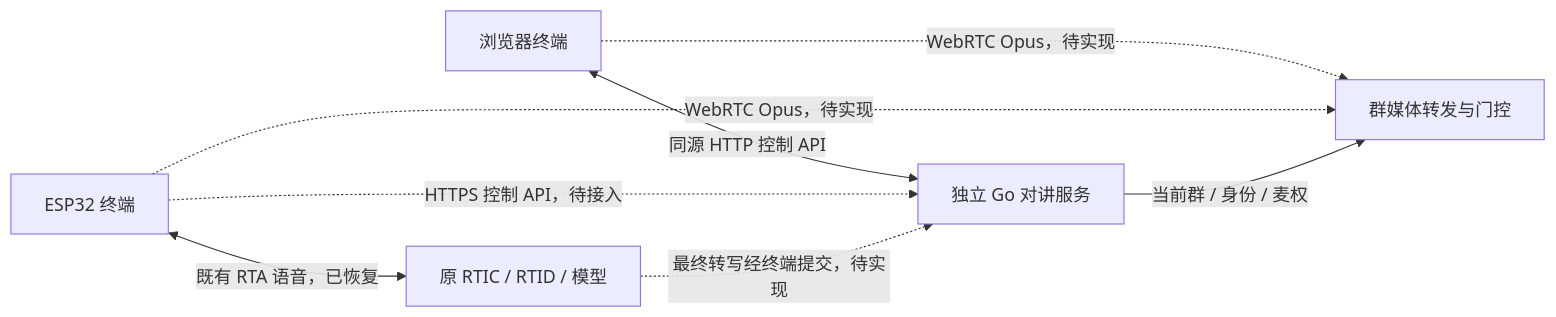
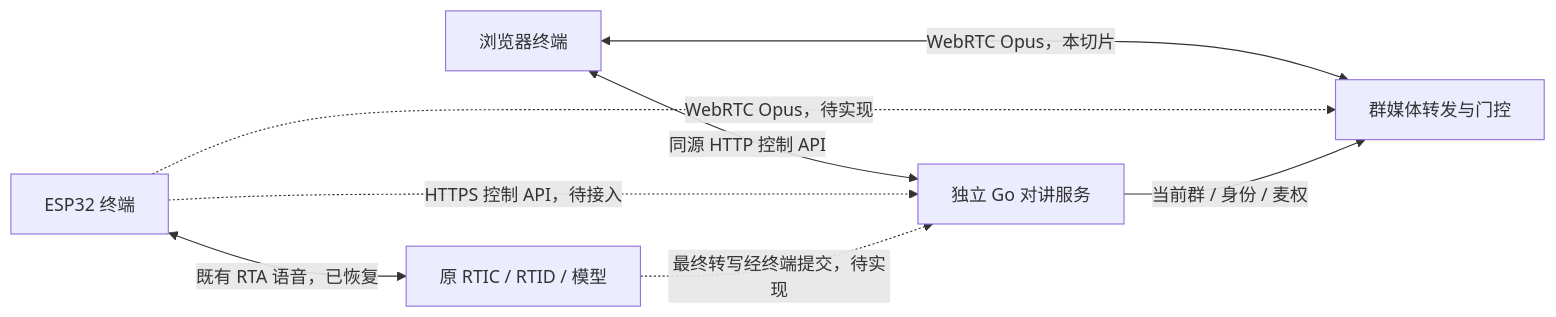
The first of 2 diagrams in docs/architecture.md (iewiad/miku-intercom), drawn with Mermaid before and after one commit. The commit also changed other lines of this file and 35 other files, not shown here.

````diff
--- a/docs/architecture.md
+++ b/docs/architecture.md
@@ -7,10 +7,10 @@
 ```mermaid
 flowchart LR
     W[浏览器终端] <-->|同源 HTTP 控制 API| C[独立 Go 对讲服务]
     B[ESP32 终端] -.->|HTTPS 控制 API，待接入| C
-    W -.->|WebRTC Opus，待实现| M[群媒体转发与门控]
+    W <-->|WebRTC Opus，本切片| M[群媒体转发与门控]
     B -.->|WebRTC Opus，待实现| M
     C -->|当前群 / 身份 / 麦权| M
     B <-->|既有 RTA 语音，已恢复| R[原 RTIC / RTID / 模型]
     R -.->|最终转写经终端提交，待实现| C
 ```
````
